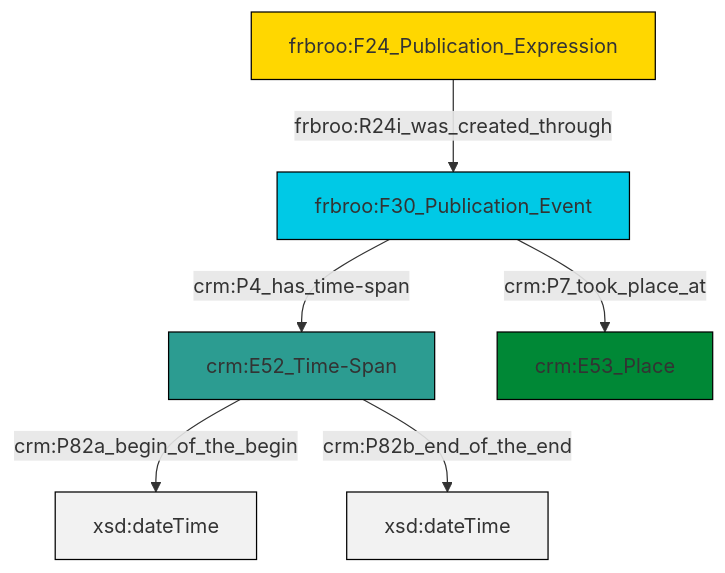
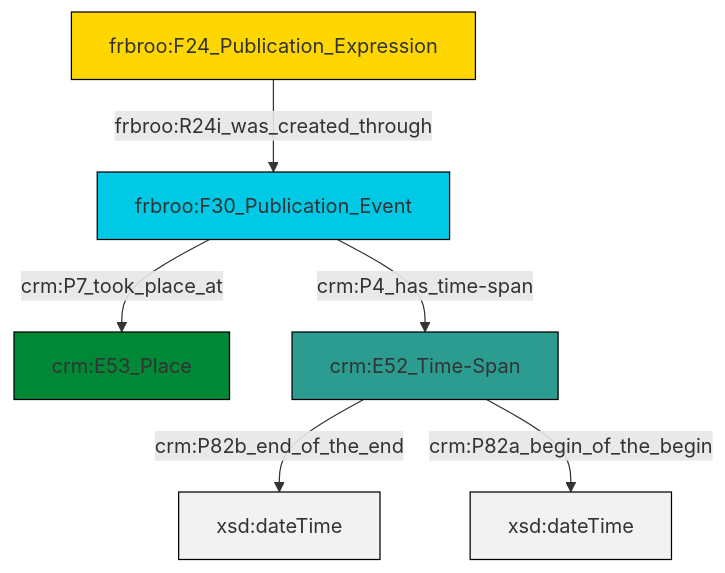
One commit to swiss-art-research-net/reference-data-models changed the diagram in et/biblioCSV/ttl/mmd/biblio_existence.ttl.mmd. Above: the diagram before and after it, drawn with Mermaid. The commit also changed 130 other files, not shown here.

```diff
--- a/et/biblioCSV/ttl/mmd/biblio_existence.ttl.mmd
+++ b/et/biblioCSV/ttl/mmd/biblio_existence.ttl.mmd
@@ -1,20 +1,20 @@
 graph TD
 classDef Literal fill:#f2f2f2,stroke:#000000;
 classDef CRM_Entity fill:#FFFFFF,stroke:#000000;
 classDef Temporal_Entity fill:#00C9E6, stroke:#000000;
 classDef Type fill:#E18312, stroke:#000000;
 classDef Time-Span fill:#2C9C91, stroke:#000000;
 classDef Appellation fill:#FFEB7F, stroke:#000000;
 classDef Place fill:#008836, stroke:#000000;
 classDef Persistent_Item fill:#B266B2, stroke:#000000;
 classDef Conceptual_Object fill:#FFD700, stroke:#000000;
 classDef Physical_Thing fill:#D2B48C, stroke:#000000;
 classDef Actor fill:#f58aad, stroke:#000000;
 classDef PC_Classes fill:#4ce600, stroke:#000000;
 classDef Multi fill:#cccccc,stroke:#000000;
 
-0["frbroo:F30_Publication_Event"]:::Temporal_Entity -->|crm:P7_took_place_at| 6["crm:E53_Place"]:::Place
-2["crm:E52_Time-Span"]:::Time-Span -->|crm:P82a_begin_of_the_begin| 7[xsd:dateTime]:::Literal
-4["frbroo:F24_Publication_Expression"]:::Conceptual_Object -->|frbroo:R24i_was_created_through| 0["frbroo:F30_Publication_Event"]:::Temporal_Entity
-2["crm:E52_Time-Span"]:::Time-Span -->|crm:P82b_end_of_the_end| 8[xsd:dateTime]:::Literal
-0["frbroo:F30_Publication_Event"]:::Temporal_Entity -->|crm:P4_has_time-span| 2["crm:E52_Time-Span"]:::Time-Span
+2["frbroo:F30_Publication_Event"]:::Temporal_Entity -->|crm:P4_has_time-span| 3["crm:E52_Time-Span"]:::Time-Span
+3["crm:E52_Time-Span"]:::Time-Span -->|crm:P82b_end_of_the_end| 4[xsd:dateTime]:::Literal
+2["frbroo:F30_Publication_Event"]:::Temporal_Entity -->|crm:P7_took_place_at| 0["crm:E53_Place"]:::Place
+3["crm:E52_Time-Span"]:::Time-Span -->|crm:P82a_begin_of_the_begin| 7[xsd:dateTime]:::Literal
+8["frbroo:F24_Publication_Expression"]:::Conceptual_Object -->|frbroo:R24i_was_created_through| 2["frbroo:F30_Publication_Event"]:::Temporal_Entity
```
